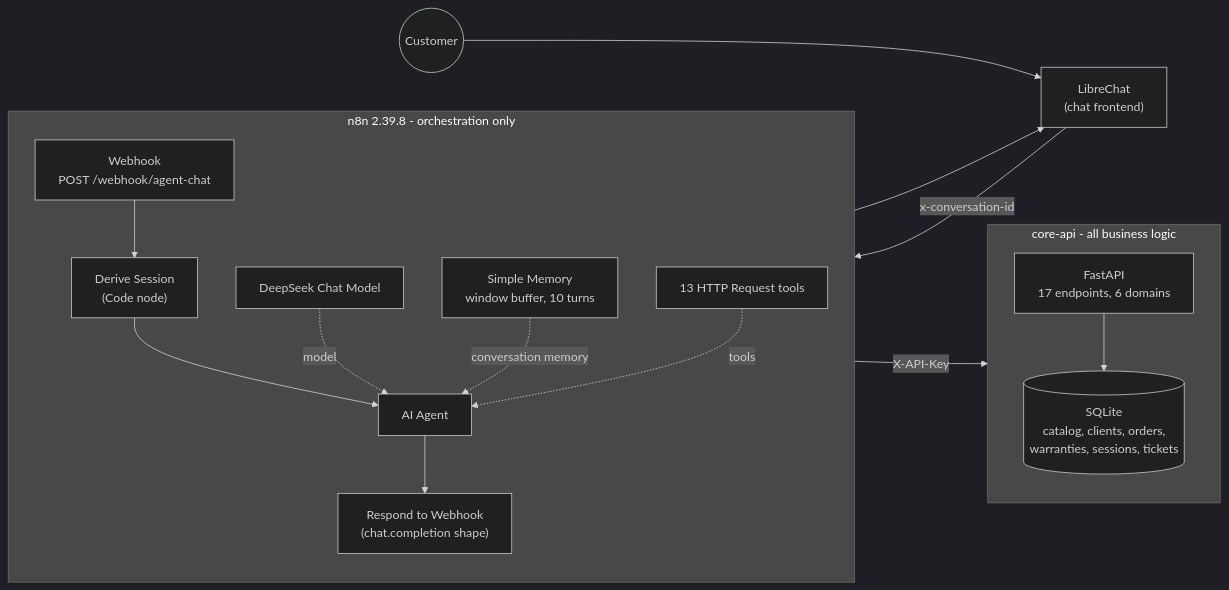
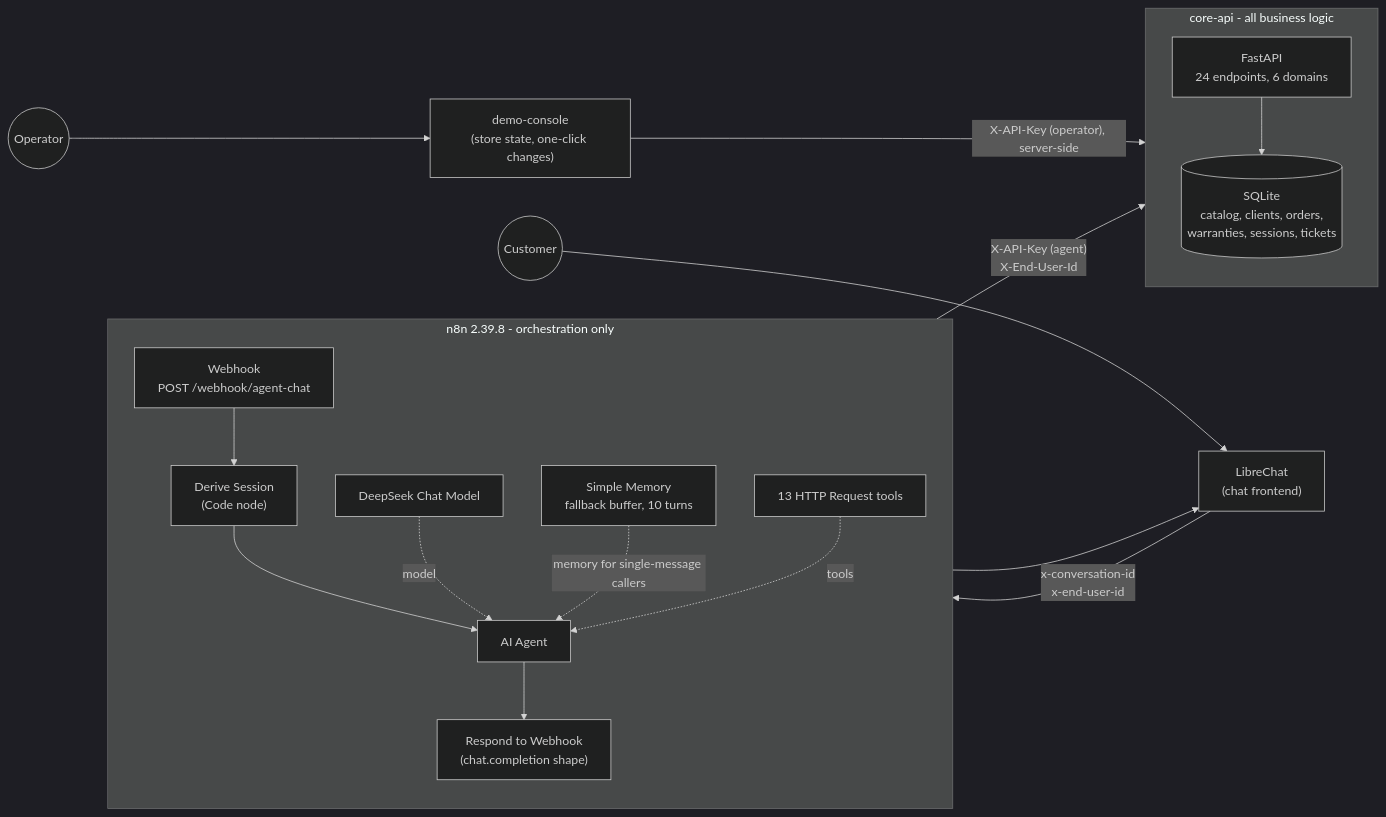
Before and after one commit to Ramioy/emtelco_ai_agent_automation_platform: the diagram in README.md, drawn with Mermaid (dark theme). The commit also changed other lines of this file and 57 other files, not shown here.

````diff
--- a/README.md
+++ b/README.md
@@ -39,32 +40,36 @@
 ```mermaid
 flowchart LR
     U(("Customer"))
     LC["LibreChat<br/>(chat frontend)"]
+    OP(("Operator"))
+    DC["demo-console<br/>(store state, one-click changes)"]
 
     subgraph N8N["n8n 2.39.8 - orchestration only"]
         direction TB
         WH["Webhook<br/>POST /webhook/agent-chat"]
         DS["Derive Session<br/>(Code node)"]
         AG["AI Agent"]
         RW["Respond to Webhook<br/>(chat.completion shape)"]
         LLM["DeepSeek Chat Model"]
-        MEM["Simple Memory<br/>window buffer, 10 turns"]
+        MEM["Simple Memory<br/>fallback buffer, 10 turns"]
         TOOLS["13 HTTP Request tools"]
         WH --> DS --> AG --> RW
         LLM -. "model" .-> AG
-        MEM -. "conversation memory" .-> AG
+        MEM -. "memory for single-message callers" .-> AG
         TOOLS -. "tools" .-> AG
     end
 
     subgraph API["core-api - all business logic"]
         direction TB
-        FA["FastAPI<br/>17 endpoints, 6 domains"]
+        FA["FastAPI<br/>24 endpoints, 6 domains"]
         DB[("SQLite<br/>catalog, clients, orders,<br/>warranties, sessions, tickets")]
         FA --> DB
     end
 
     U --> LC
-    LC -- "x-conversation-id" --> WH
+    LC -- "x-conversation-id<br/>x-end-user-id" --> WH
     RW --> LC
-    TOOLS -- "X-API-Key" --> FA
+    TOOLS -- "X-API-Key (agent)<br/>X-End-User-Id" --> FA
+    OP --> DC
+    DC -- "X-API-Key (operator), server-side" --> FA
 ```
````
